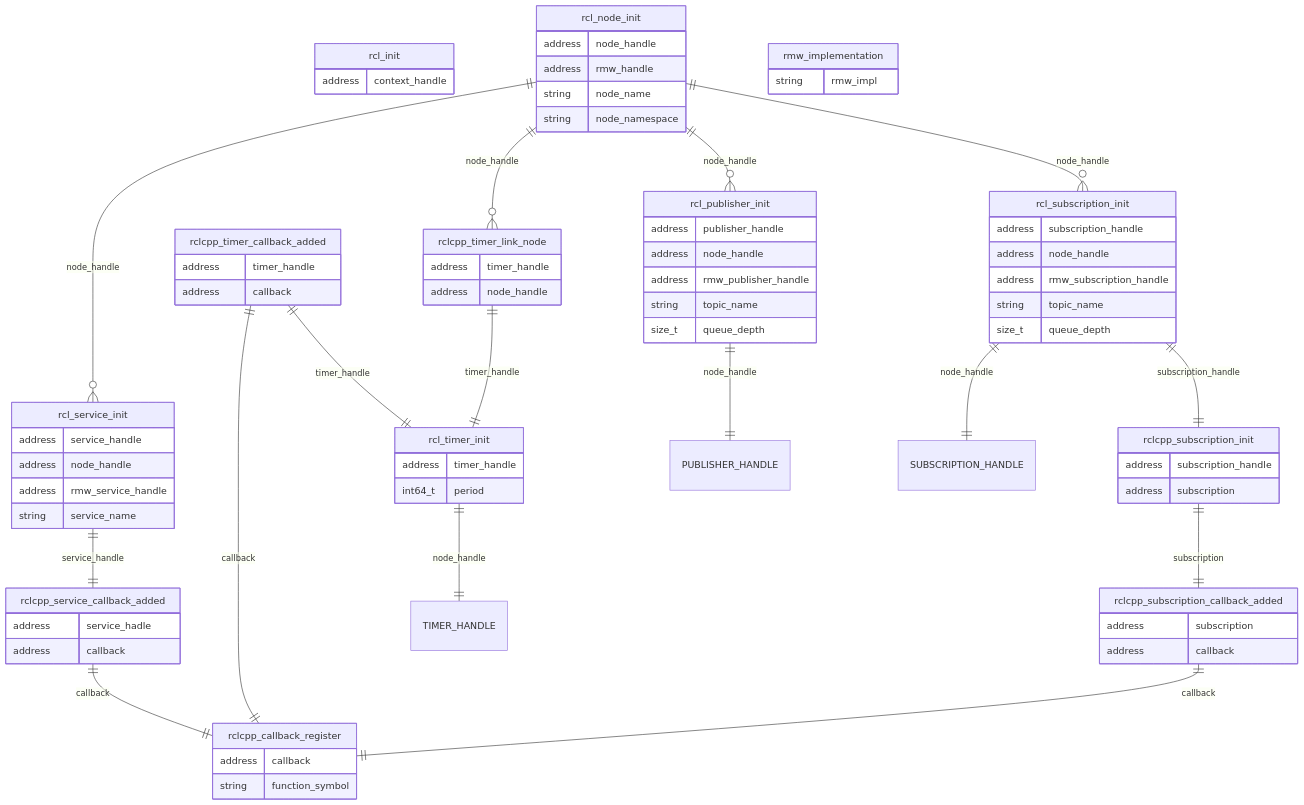
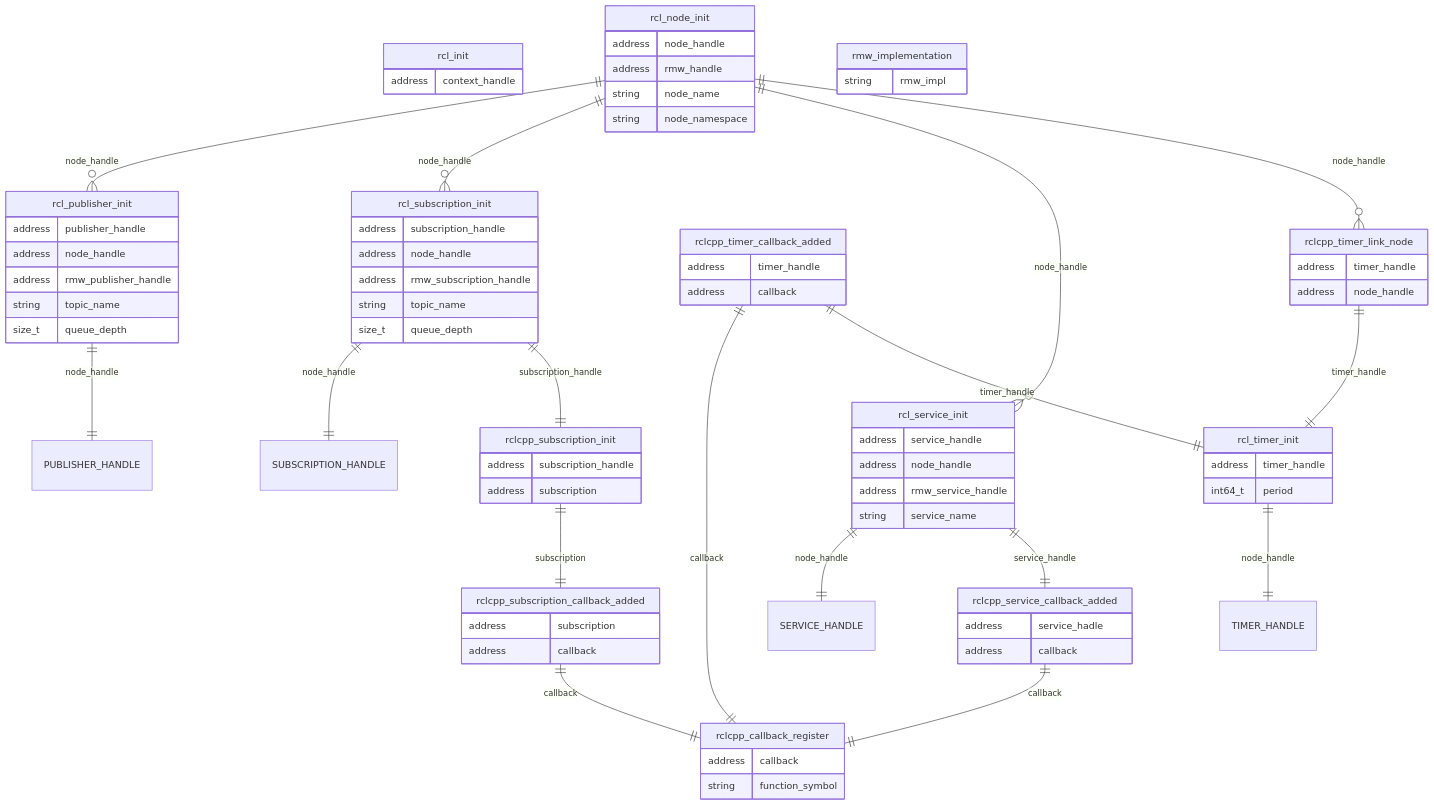
Before and after one commit to tier4/caret_doc: the first of 2 diagrams in docs/design/trace_points/initialization_trace_points.md, drawn with Mermaid.

Commit message:
add SERVICE?HANDLE

```diff
--- a/docs/design/trace_points/initialization_trace_points.md
+++ b/docs/design/trace_points/initialization_trace_points.md
@@ -88,6 +88,7 @@
     rcl_publisher_init ||--|| PUBLISHER_HANDLE : node_handle
     rcl_subscription_init ||--|| SUBSCRIPTION_HANDLE : node_handle
     rcl_timer_init ||--|| TIMER_HANDLE : node_handle
+    rcl_service_init ||--|| SERVICE_HANDLE : node_handle
 
     rcl_subscription_init ||--|| rclcpp_subscription_init : subscription_handle
     rclcpp_subscription_init ||--|| rclcpp_subscription_callback_added : subscription
```
